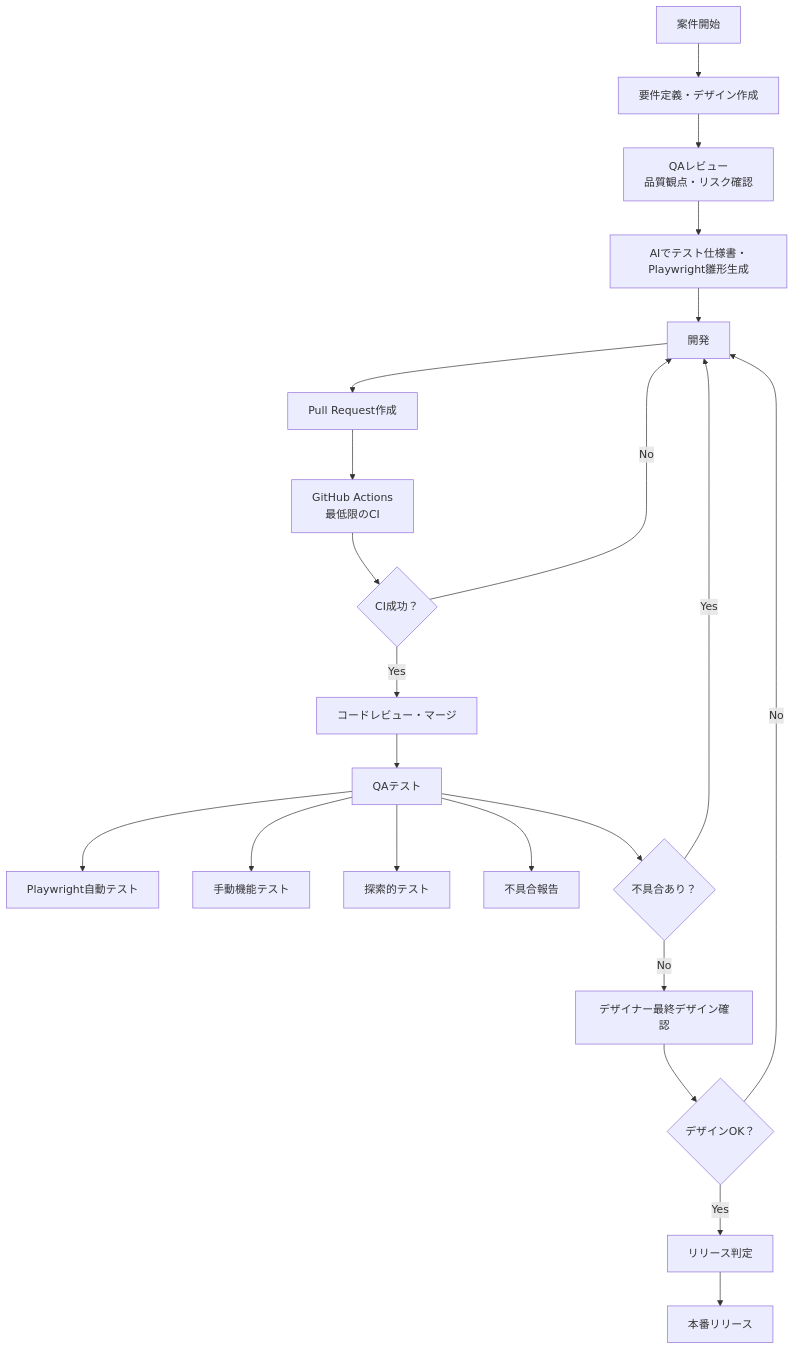
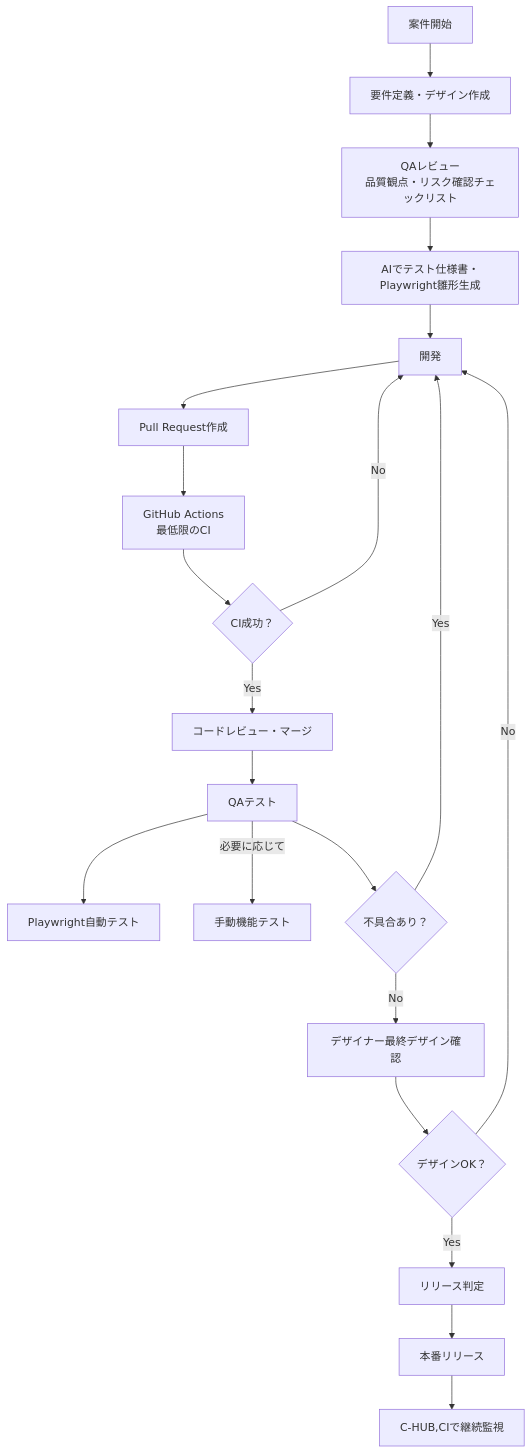
Before and after one commit to kamoshicka/ShiftLeft: the diagram in テスト設計/デザイナーフロー.md, drawn with Mermaid.

````diff
--- a/テスト設計/デザイナーフロー.md
+++ b/テスト設計/デザイナーフロー.md
@@ -1,37 +1,36 @@
 ```mermaid
 flowchart TD
     A[案件開始]
 
     A --> B[要件定義・デザイン作成]
-    B --> C[QAレビュー<br/>品質観点・リスク確認]
+    B --> C[QAレビュー<br/>品質観点・リスク確認チェックリスト]
 
     C --> D[AIでテスト仕様書・Playwright雛形生成]
 
     D --> E[開発]
     E --> F[Pull Request作成]
 
     F --> G[GitHub Actions<br/>最低限のCI]
     G --> H{CI成功？}
 
     H -- No --> E
     H -- Yes --> I[コードレビュー・マージ]
 
     I --> J[QAテスト]
 
     J --> J1[Playwright自動テスト]
-    J --> J2[手動機能テスト]
-    J --> J3[探索的テスト]
-    J --> J4[不具合報告]
+    J -- 必要に応じて --> J2[手動機能テスト]
 
     J --> K{不具合あり？}
 
     K -- Yes --> E
     K -- No --> L[デザイナー最終デザイン確認]
 
     L --> M{デザインOK？}
 
     M -- No --> E
     M -- Yes --> N[リリース判定]
 
     N --> O[本番リリース]
+    O --> P[C-HUB,CIで継続監視]
 ```
````
